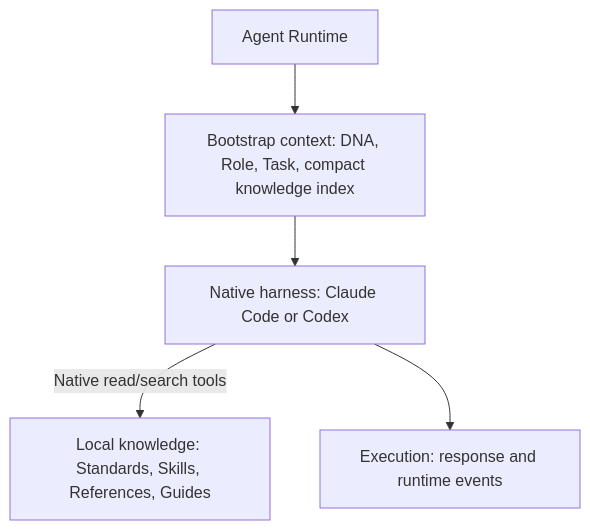
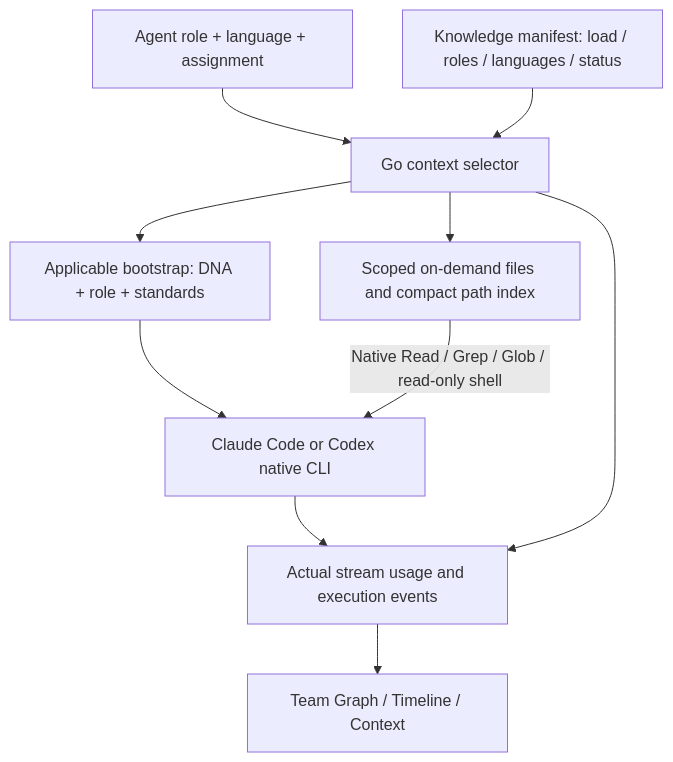
One commit to anvh2/agentic-engineering changed the diagram in README.md. Above: the diagram before and after it, drawn with Mermaid. The commit also changed other lines of this file, not shown here.

Commit message:
docs(v2): describe implemented knowledge flow and distinguish evidence from unverified native reads

````diff
--- a/README.md
+++ b/README.md
@@ -26,7 +26,12 @@
 ```mermaid
 flowchart TD
-    A[Agent Runtime] --> B[Bootstrap context: DNA, Role, Task, compact knowledge index]
-    B --> H[Native harness: Claude Code or Codex]
-    H -->|Native read/search tools| K[Local knowledge: Standards, Skills, References, Guides]
-    H --> E[Execution: response and runtime events]
+    A[Agent role + language + assignment] --> B[Go context selector]
+    K[Knowledge manifest: load / roles / languages / status] --> B
+    B --> C[Applicable bootstrap: DNA + role + standards]
+    B --> D[Scoped on-demand files and compact path index]
+    C --> H[Claude Code or Codex native CLI]
+    D -->|Native Read / Grep / Glob / read-only shell| H
+    H --> E[Actual stream usage and execution events]
+    B --> E
+    E --> F[Team Graph / Timeline / Context]
 ```
````
